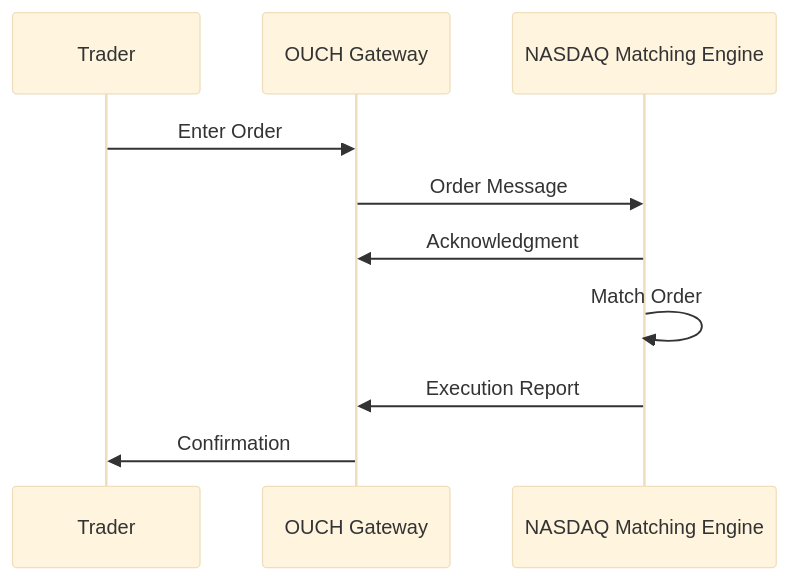
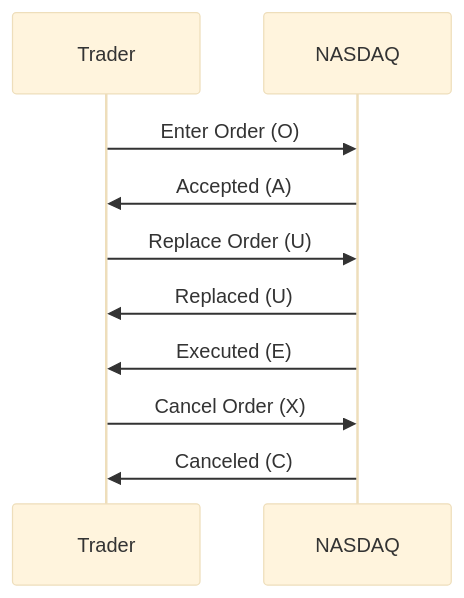
Before and after one commit to VrushankPatel/interview-matters: the diagram in trading/protocols/ouch-protocol/README.md, drawn with Mermaid (base theme). The commit also changed other lines of this file and 10 other files, not shown here.

````diff
--- a/trading/protocols/ouch-protocol/README.md
+++ b/trading/protocols/ouch-protocol/README.md
@@ -124,13 +60,13 @@
 ```mermaid
 sequenceDiagram
     participant Trader
-    participant OUCH Gateway
-    participant NASDAQ Matching Engine
+    participant NASDAQ
 
-    Trader->>OUCH Gateway: Enter Order
-    OUCH Gateway->>NASDAQ Matching Engine: Order Message
-    NASDAQ Matching Engine->>OUCH Gateway: Acknowledgment
-    NASDAQ Matching Engine->>NASDAQ Matching Engine: Match Order
-    NASDAQ Matching Engine->>OUCH Gateway: Execution Report
-    OUCH Gateway->>Trader: Confirmation
+    Trader->>NASDAQ: Enter Order (O)
+    NASDAQ->>Trader: Accepted (A)
+    Trader->>NASDAQ: Replace Order (U)
+    NASDAQ->>Trader: Replaced (U)
+    NASDAQ->>Trader: Executed (E)
+    Trader->>NASDAQ: Cancel Order (X)
+    NASDAQ->>Trader: Canceled (C)
 ```
````
